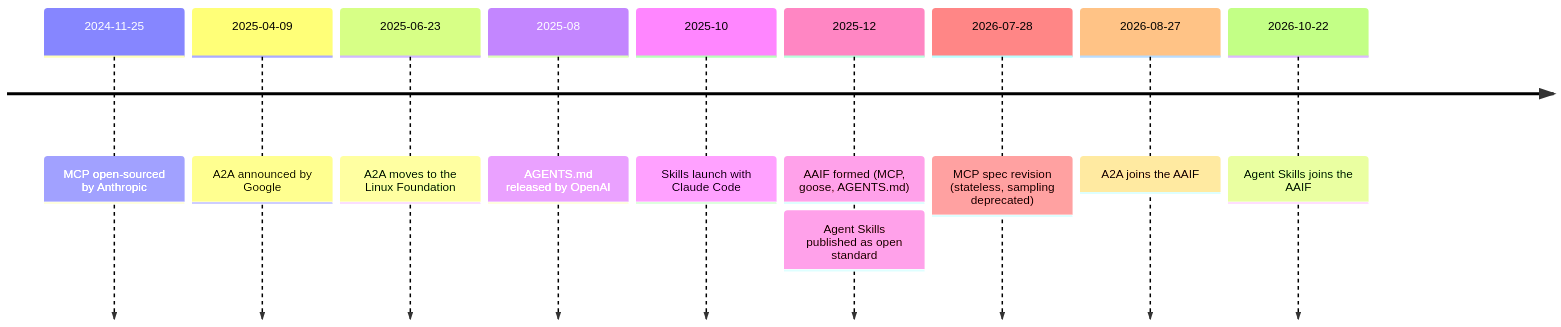
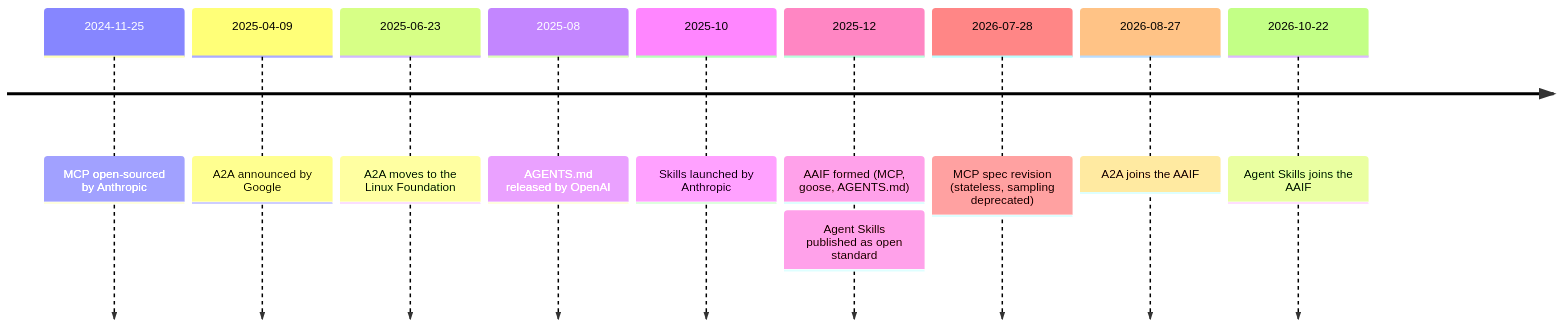
The second of 2 diagrams in book/part-00-catch-up/0.3-standards-and-orgs.md (hsavovski/ai-engineering), drawn with Mermaid before and after one commit. The commit also changed other lines of this file, not shown here.

Commit message:
Fact-check chapter 0.3 (issue 09)

````diff
--- a/book/part-00-catch-up/0.3-standards-and-orgs.md
+++ b/book/part-00-catch-up/0.3-standards-and-orgs.md
@@ -185,12 +185,12 @@
 ```mermaid
 timeline
   2024-11-25 : MCP open-sourced by Anthropic
   2025-04-09 : A2A announced by Google
   2025-06-23 : A2A moves to the Linux Foundation
   2025-08 : AGENTS.md released by OpenAI
-  2025-10 : Skills launch with Claude Code
+  2025-10 : Skills launched by Anthropic
   2025-12 : AAIF formed (MCP, goose, AGENTS.md) : Agent Skills published as open standard
   2026-07-28 : MCP spec revision (stateless, sampling deprecated)
   2026-08-27 : A2A joins the AAIF
   2026-10-22 : Agent Skills joins the AAIF
 ```
````
